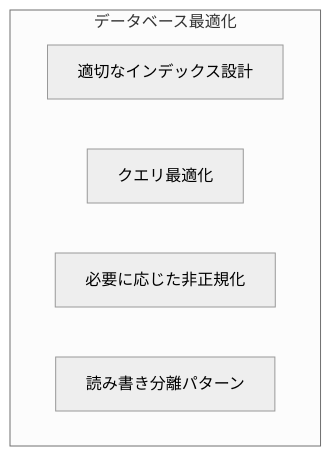
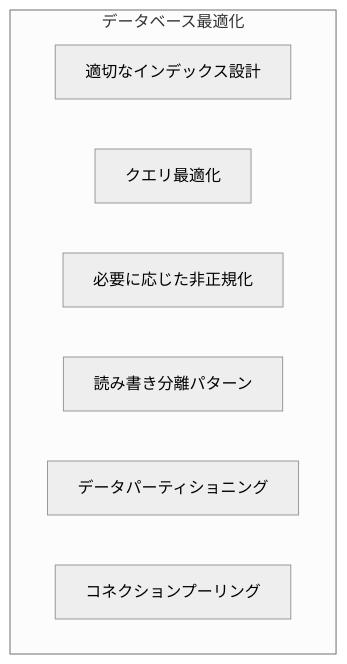
One commit to NowatariSoma/tomosigoto_nou_system changed the second of 5 diagrams in 設計書/08_非機能要件対応_1_概要とパフォーマンス.md. Above: the diagram before and after it, drawn with Mermaid (neutral theme). The commit also changed other lines of this file and 12 other files, not shown here.

````diff
--- a/設計書/08_非機能要件対応_1_概要とパフォーマンス.md
+++ b/設計書/08_非機能要件対応_1_概要とパフォーマンス.md
@@ -69,9 +69,11 @@
 ```mermaid
 graph TD
     subgraph Database[データベース最適化]
         Indexing[適切なインデックス設計]
         QueryOpt[クエリ最適化]
         Denormalize[必要に応じた非正規化]
         ReadWrite[読み書き分離パターン]
+        Partition[データパーティショニング]
+        Connection[コネクションプーリング]
     end
 ```
````
